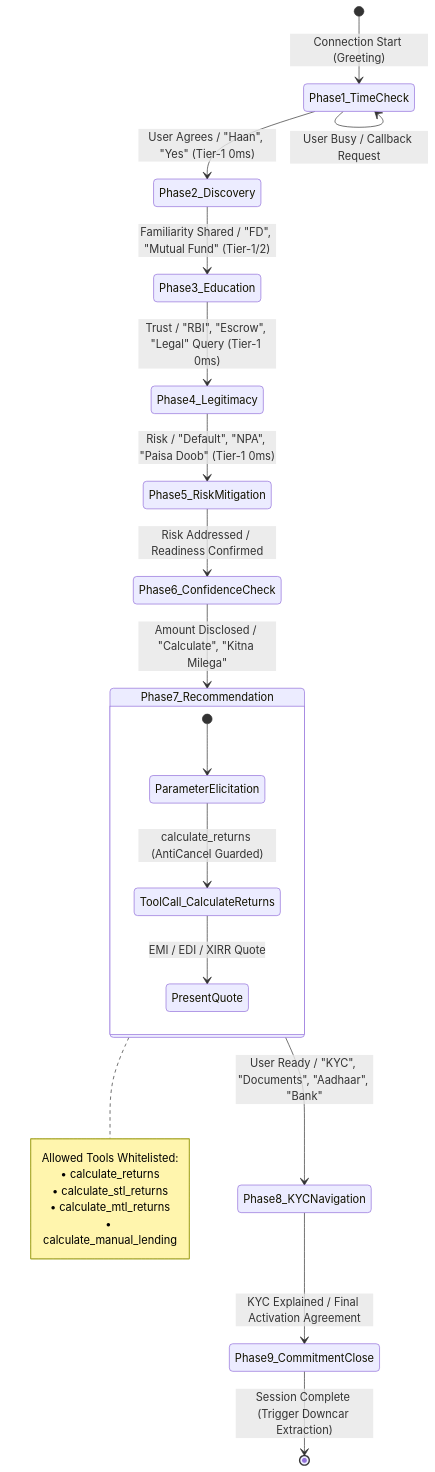
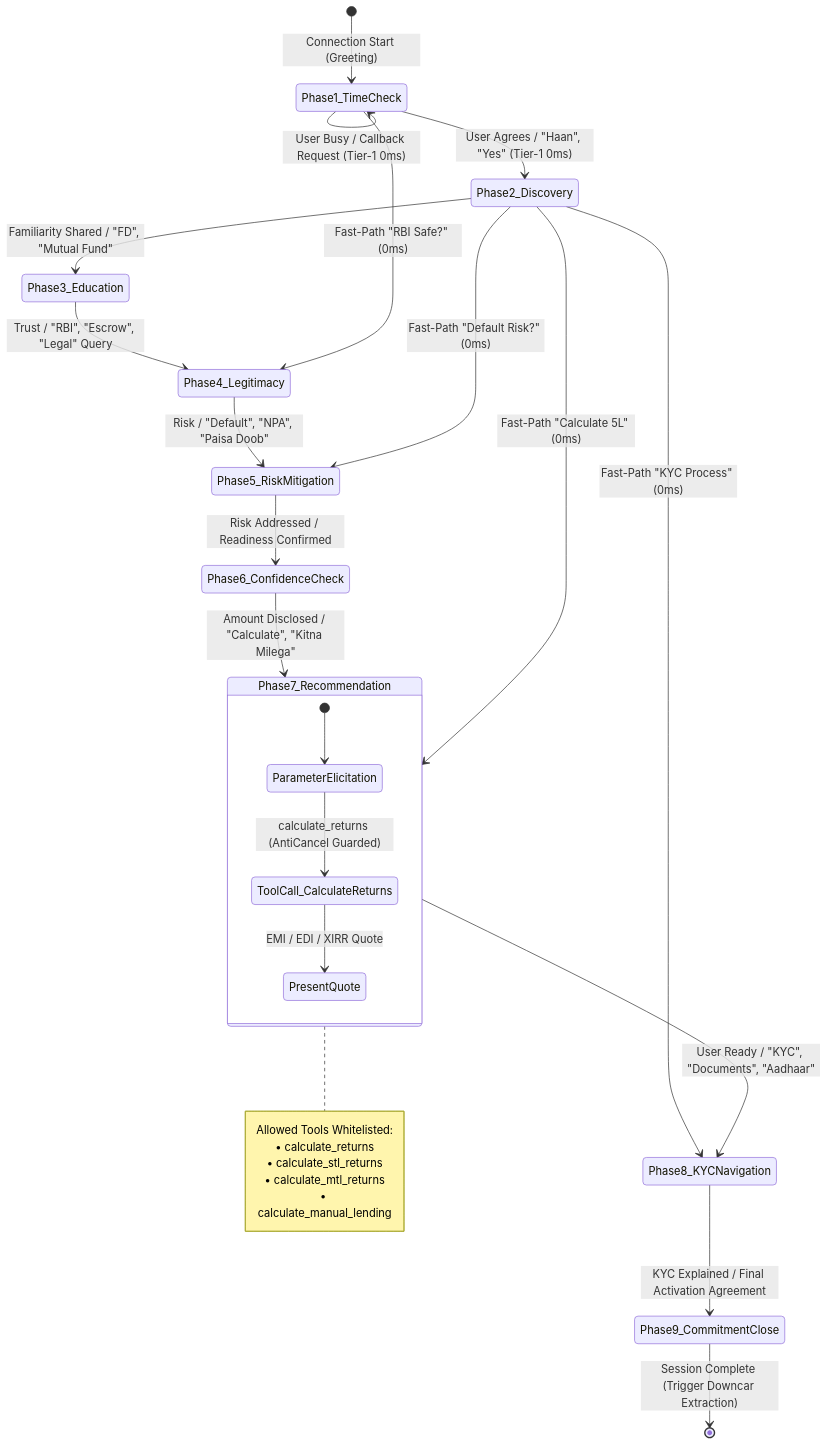
One commit to manishkjs/gemini_live_pipecat changed the third of 6 diagrams in docs/ARCHITECTURE_DEEP_DIVE.md. Above: the diagram before and after it, drawn with Mermaid. The commit also changed other lines of this file and 8 other files, not shown here.

````diff
--- a/docs/ARCHITECTURE_DEEP_DIVE.md
+++ b/docs/ARCHITECTURE_DEEP_DIVE.md
@@ -837,33 +980,39 @@
 ```mermaid
 stateDiagram-v2
     [*] --> Phase1_TimeCheck: Connection Start (Greeting)
     
     Phase1_TimeCheck --> Phase2_Discovery: User Agrees / "Haan", "Yes" (Tier-1 0ms)
-    Phase1_TimeCheck --> Phase1_TimeCheck: User Busy / Callback Request
+    Phase1_TimeCheck --> Phase1_TimeCheck: User Busy / Callback Request (Tier-1 0ms)
     
-    Phase2_Discovery --> Phase3_Education: Familiarity Shared / "FD", "Mutual Fund" (Tier-1/2)
-    Phase3_Education --> Phase4_Legitimacy: Trust / "RBI", "Escrow", "Legal" Query (Tier-1 0ms)
-    Phase4_Legitimacy --> Phase5_RiskMitigation: Risk / "Default", "NPA", "Paisa Doob" (Tier-1 0ms)
+    Phase2_Discovery --> Phase3_Education: Familiarity Shared / "FD", "Mutual Fund"
+    Phase3_Education --> Phase4_Legitimacy: Trust / "RBI", "Escrow", "Legal" Query
+    Phase4_Legitimacy --> Phase5_RiskMitigation: Risk / "Default", "NPA", "Paisa Doob"
     
     Phase5_RiskMitigation --> Phase6_ConfidenceCheck: Risk Addressed / Readiness Confirmed
     Phase6_ConfidenceCheck --> Phase7_Recommendation: Amount Disclosed / "Calculate", "Kitna Milega"
     
     state Phase7_Recommendation {
         [*] --> ParameterElicitation
         ParameterElicitation --> ToolCall_CalculateReturns: calculate_returns (AntiCancel Guarded)
         ToolCall_CalculateReturns --> PresentQuote: EMI / EDI / XIRR Quote
     }
     
-    Phase7_Recommendation --> Phase8_KYCNavigation: User Ready / "KYC", "Documents", "Aadhaar", "Bank"
+    Phase7_Recommendation --> Phase8_KYCNavigation: User Ready / "KYC", "Documents", "Aadhaar"
     Phase8_KYCNavigation --> Phase9_CommitmentClose: KYC Explained / Final Activation Agreement
     
     Phase9_CommitmentClose --> [*]: Session Complete (Trigger Downcar Extraction)
+    
+    %% Non-Linear Tier-1 Fast-Path Direct Jumps
+    Phase1_TimeCheck --> Phase4_Legitimacy: Fast-Path "RBI Safe?" (0ms)
+    Phase2_Discovery --> Phase5_RiskMitigation: Fast-Path "Default Risk?" (0ms)
+    Phase2_Discovery --> Phase7_Recommendation: Fast-Path "Calculate 5L" (0ms)
+    Phase2_Discovery --> Phase8_KYCNavigation: Fast-Path "KYC Process" (0ms)
     
     note right of Phase7_Recommendation
         Allowed Tools Whitelisted:
         • calculate_returns
         • calculate_stl_returns
         • calculate_mtl_returns
         • calculate_manual_lending
     end note
 ```
````
